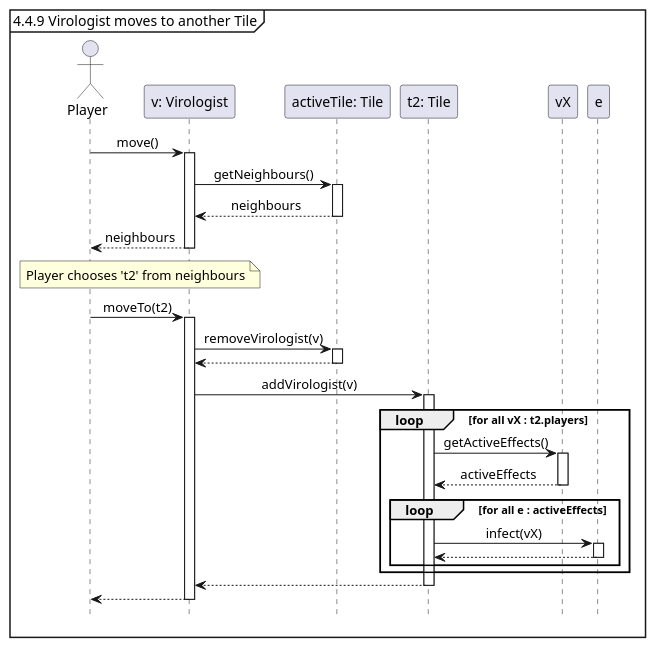
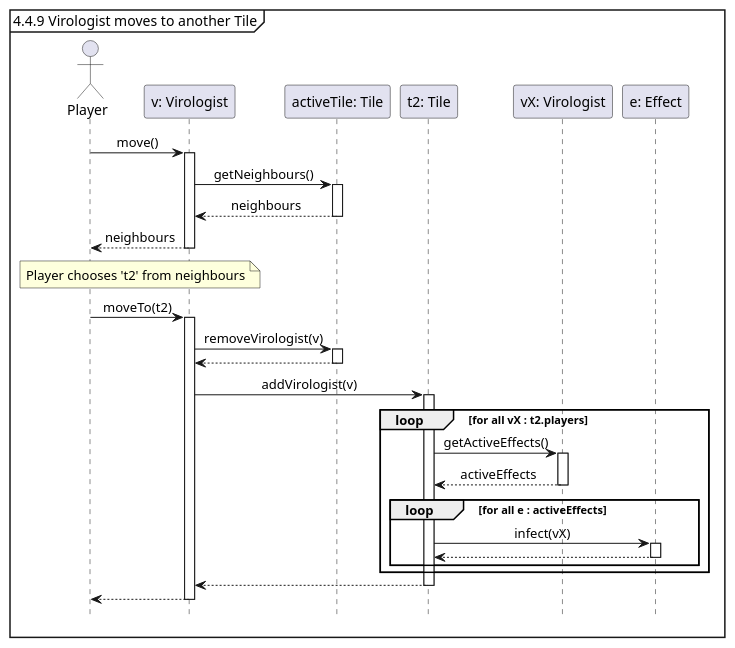
One commit to Tschonti/503-service-unavailable changed the diagram in docs/seqDiagrams/08playerMove.puml. Above: the diagram before and after it, drawn with PlantUML. The commit also changed 4 other files, not shown here.

```diff
--- a/docs/seqDiagrams/08playerMove.puml
+++ b/docs/seqDiagrams/08playerMove.puml
@@ -1,32 +1,34 @@
 @startuml
 'https://plantuml.com/sequence-diagram
 hide footbox
 skinparam sequenceMessageAlign center
 
 mainframe 4.4.9 Virologist moves to another Tile
 
 actor Player as p
 participant "v: Virologist" as v
 participant "activeTile: Tile" as t1
 participant "t2: Tile" as t2
+participant "vX: Virologist" as vX
+participant "e: Effect" as e
 
 p -> v++ : move()
     v -> t1 ++ : getNeighbours()
     return neighbours
 return neighbours
 note over p,v: Player chooses 't2' from neighbours
 p -> v ++: moveTo(t2)
     v -> t1 ++ : removeVirologist(v)
     return
     v -> t2 ++ : addVirologist(v)
         loop for all vX : t2.players
             t2 -> vX ++ : getActiveEffects()
             return activeEffects
             loop for all e : activeEffects
                 t2 -> e ++ : infect(vX)
                 return
             end
         end
     return
 return
 @enduml
```
